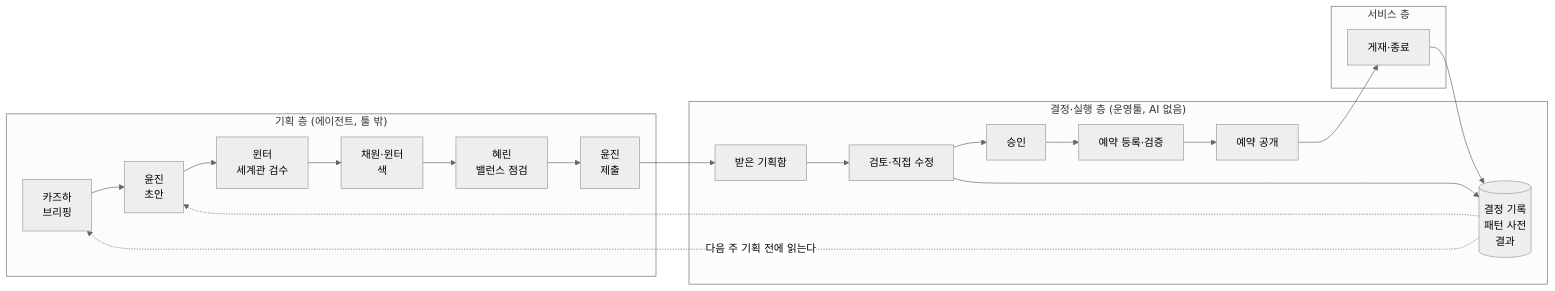
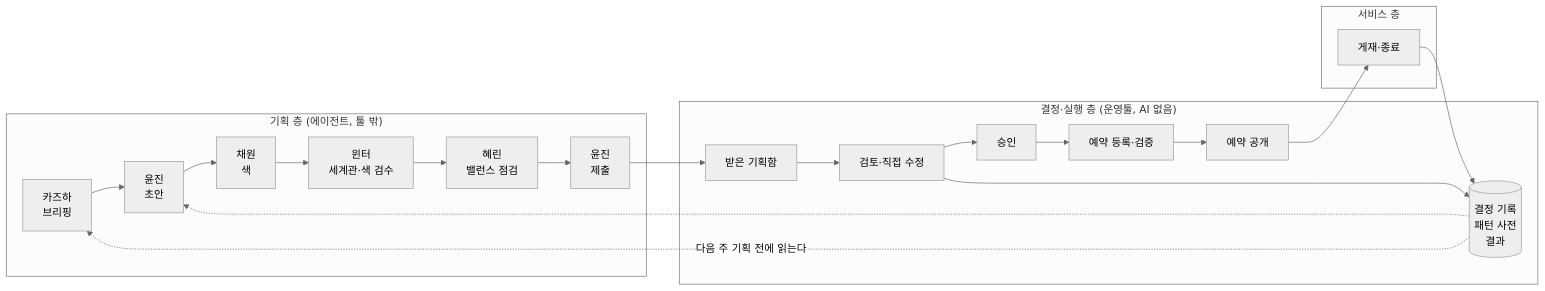
Before and after one commit to standardmanual/jam: the first of 3 diagrams in docs/plan/vision/07 JAM! 라이브 운영 블루프린트.md, drawn with Mermaid (neutral theme). The commit also changed other lines of this file and 4 other files, not shown here.

````diff
--- a/docs/plan/vision/07 JAM! 라이브 운영 블루프린트.md
+++ b/docs/plan/vision/07 JAM! 라이브 운영 블루프린트.md
@@ -39,19 +39,19 @@
 ```mermaid
 flowchart LR
   subgraph P["기획 층 (에이전트, 툴 밖)"]
-    K["카즈하<br/>브리핑"] --> Y1["윤진<br/>초안"] --> W["윈터<br/>세계관 검수"] --> C["채원·윈터<br/>색"] --> H["혜린<br/>밸런스 점검"] --> Y2["윤진<br/>제출"]
+    K["카즈하<br/>브리핑"] --> Y1["윤진<br/>초안"] --> C["채원<br/>색"] --> W["윈터<br/>세계관·색 검수"] --> H["혜린<br/>밸런스 점검"] --> Y2["윤진<br/>제출"]
   end
   subgraph D["결정·실행 층 (운영툴, AI 없음)"]
     IN["받은 기획함"] --> RV["검토·직접 수정"] --> AP["승인"] --> AS["예약 등록·검증"] --> SC["예약 공개"]
     LOG[("결정 기록<br/>패턴 사전<br/>결과")]
   end
   subgraph S["서비스 층"]
     LIVE["게재·종료"]
   end
   Y2 --> IN
   SC --> LIVE
   RV --> LOG
   LIVE --> LOG
   LOG -. "다음 주 기획 전에 읽는다" .-> K
   LOG -.-> Y1
 ```
````
